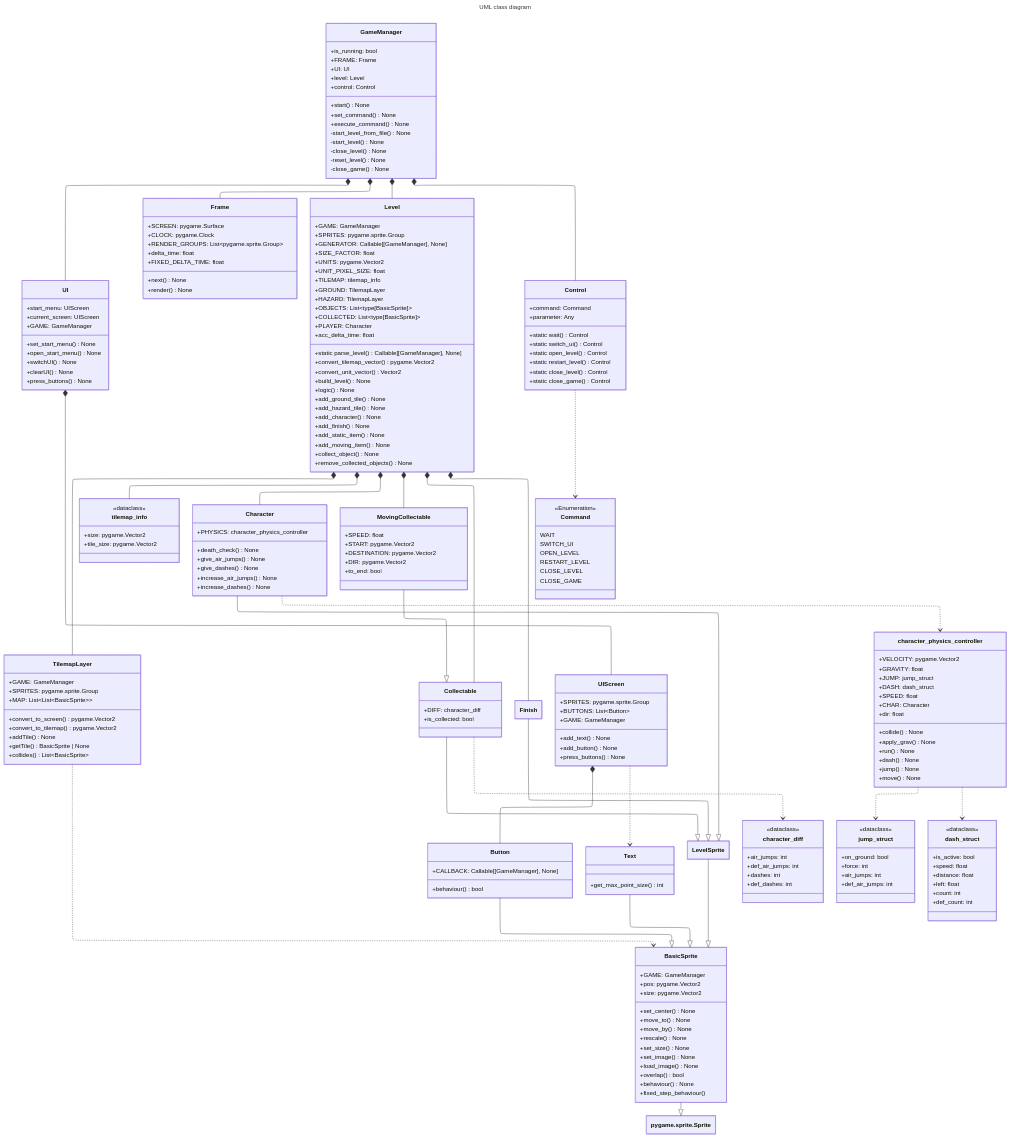
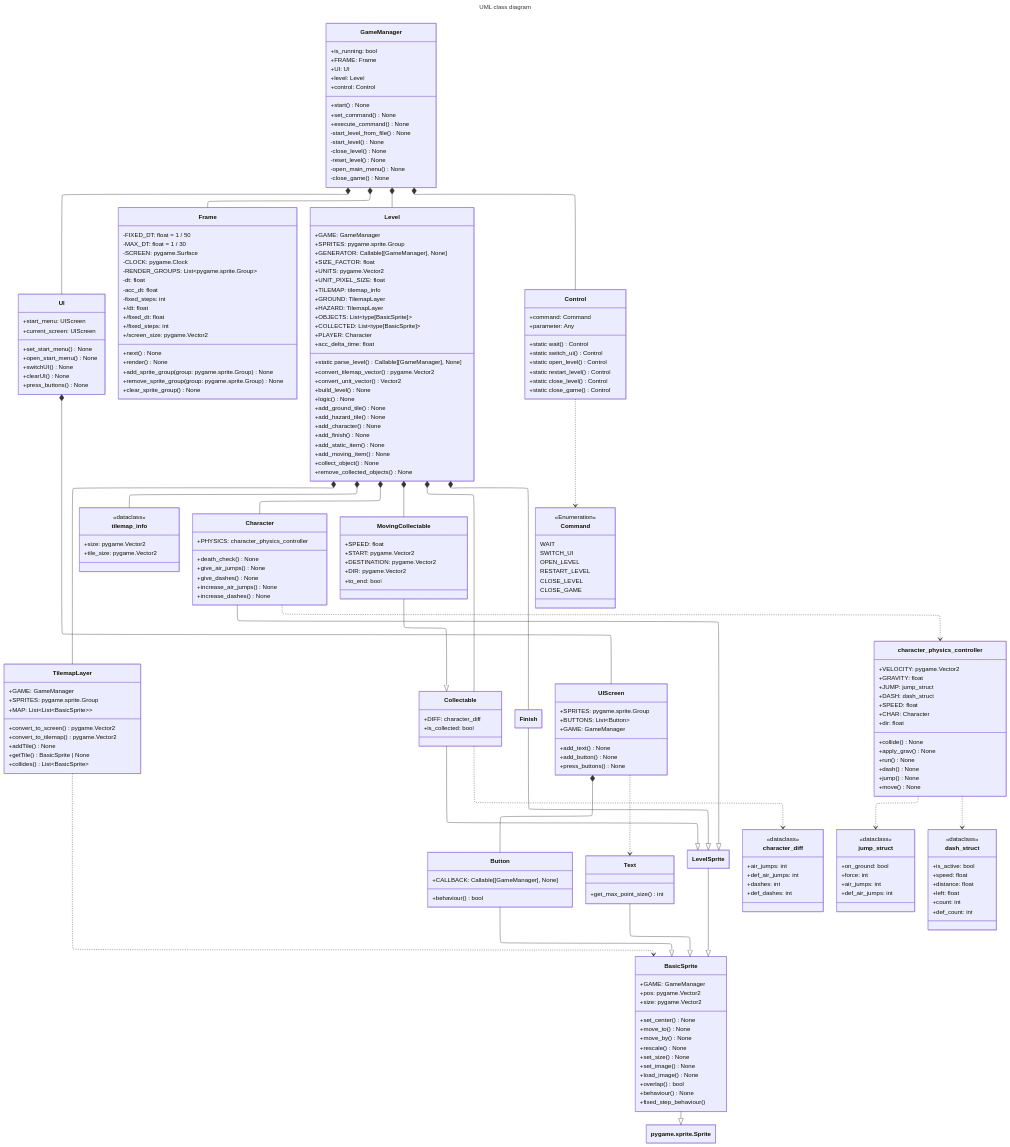
One commit to Bobafett89/PythonProject changed the diagram in README.md. Above: the diagram before and after it, drawn with Mermaid. The commit also changed other lines of this file and 4 other files, not shown here.

```diff
--- a/README.md
+++ b/README.md
@@ -80,12 +80,12 @@
 		-start_level() None
 		-close_level() None
 		-reset_level() None
+		-open_main_menu() None
 		-close_game() None
 	}
 	class UI {
 		+start_menu: UIScreen
 		+current_screen: UIScreen
-		+GAME: GameManager
 		+set_start_menu() None
 		+open_start_menu() None
 		+switchUI() None
@@ -93,13 +93,23 @@
 		+press_buttons() None
 	}
 	class Frame {
-		+SCREEN: pygame.Surface
-		+CLOCK: pygame.Clock
-		+RENDER_GROUPS: List~pygame.sprite.Group~
-		+delta_time: float
-		+FIXED_DELTA_TIME: float
+		-FIXED_DT: float = 1 / 50
+		-MAX_DT: float = 1 / 30
+		-SCREEN: pygame.Surface
+		-CLOCK: pygame.Clock
+		-RENDER_GROUPS: List~pygame.sprite.Group~
+		-dt: float
+		-acc_dt: float
+		-fixed_steps: int
+		+/dt: float
+		+/fixed_dt: float
+		+/fixed_steps: int
+		+/screen_size: pygame.Vector2
 		+next() None
 		+render() None
+		+add_sprite_group(group: pygame.sprite.Group) None
+		+remove_sprite_group(group: pygame.sprite.Group) None
+		+clear_sprite_group() None
 	}
 	class Level {
 		+GAME: GameManager
```
